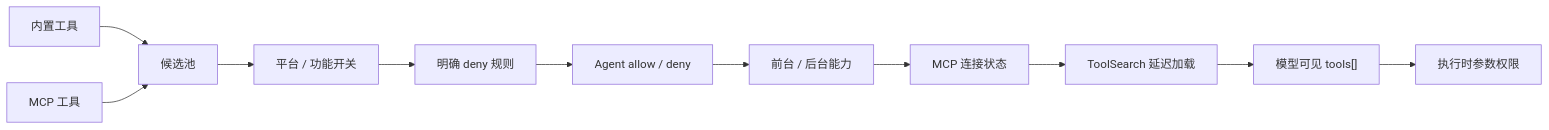
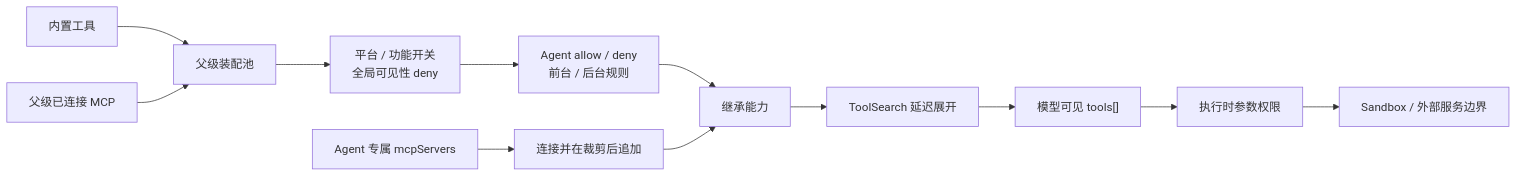
One commit to day0n/analysis-claude-code changed the diagram in book/06-工具能力图.md. Above: the diagram before and after it, drawn with Mermaid. The commit also changed other lines of this file and 4 other files, not shown here.

````diff
--- a/book/06-工具能力图.md
+++ b/book/06-工具能力图.md
@@ -9,13 +9,14 @@
 ```mermaid
 flowchart LR
-    A["内置工具"] --> P["候选池"]
-    B["MCP 工具"] --> P
-    P --> F1["平台 / 功能开关"]
-    F1 --> F2["明确 deny 规则"]
-    F2 --> F3["Agent allow / deny"]
-    F3 --> F4["前台 / 后台能力"]
-    F4 --> F5["MCP 连接状态"]
-    F5 --> F6["ToolSearch 延迟加载"]
-    F6 --> V["模型可见 tools[]"]
+    A["内置工具"] --> P["父级装配池"]
+    B["父级已连接 MCP"] --> P
+    P --> F1["平台 / 功能开关<br/>全局可见性 deny"]
+    F1 --> F2["Agent allow / deny<br/>前台 / 后台规则"]
+    F2 --> H["继承能力"]
+    C["Agent 专属 mcpServers"] --> D["连接并在裁剪后追加"]
+    D --> H
+    H --> F3["ToolSearch 延迟展开"]
+    F3 --> V["模型可见 tools[]"]
     V --> X["执行时参数权限"]
+    X --> Z["Sandbox / 外部服务边界"]
 ```
````
